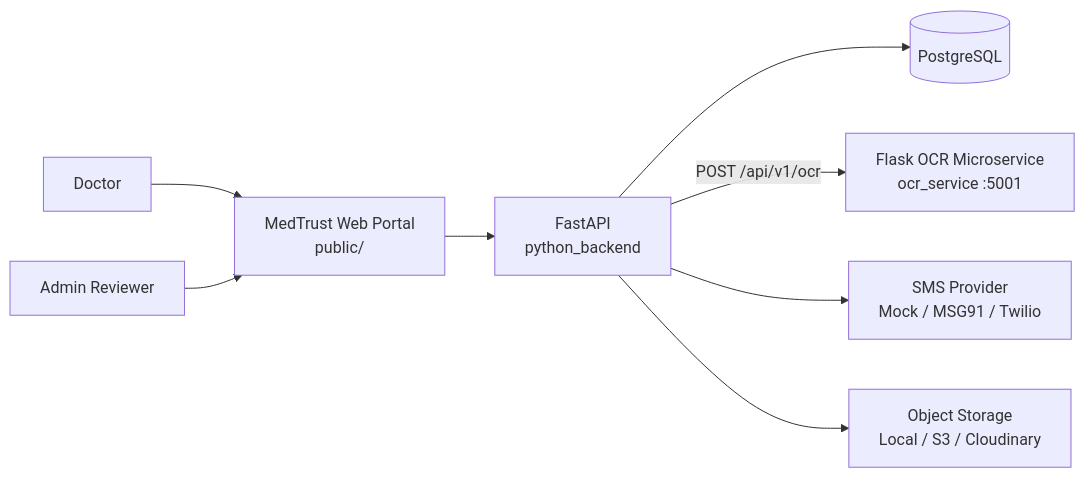
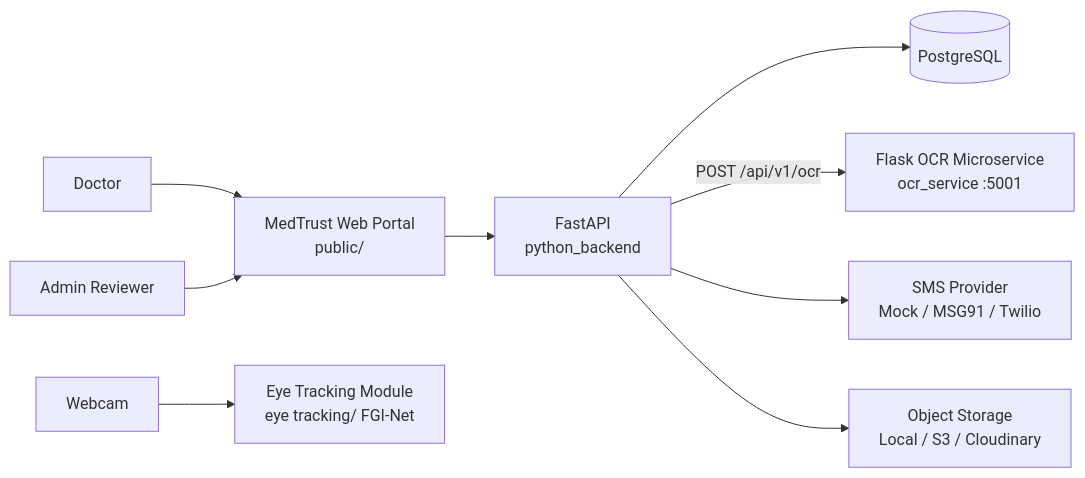
One commit to Saravanan2005real/zudoc-doctor-portal-EKYC changed the first of 12 diagrams in docs/ARCHITECTURE.md. Above: the diagram before and after it, drawn with Mermaid. The commit also changed other lines of this file and 23 other files, not shown here.

First line of the commit message:
Add FGI-Net eye tracking module and refresh eKYC architecture docs.

````diff
--- a/docs/ARCHITECTURE.md
+++ b/docs/ARCHITECTURE.md
@@ -13,19 +13,22 @@
 ```mermaid
 flowchart LR
   Doctor[Doctor]
   Admin[Admin Reviewer]
   Portal[MedTrust Web Portal<br/>public/]
   API[FastAPI<br/>python_backend]
   PG[(PostgreSQL)]
   OCR[Flask OCR Microservice<br/>ocr_service :5001]
+  Eye[Eye Tracking Module<br/>eye tracking/ FGI-Net]
+  Cam[Webcam]
   SMS[SMS Provider<br/>Mock / MSG91 / Twilio]
   Store[Object Storage<br/>Local / S3 / Cloudinary]
 
   Doctor --> Portal
   Admin --> Portal
   Portal --> API
   API --> PG
   API -->|POST /api/v1/ocr| OCR
   API --> SMS
   API --> Store
+  Cam --> Eye
 ```
````
